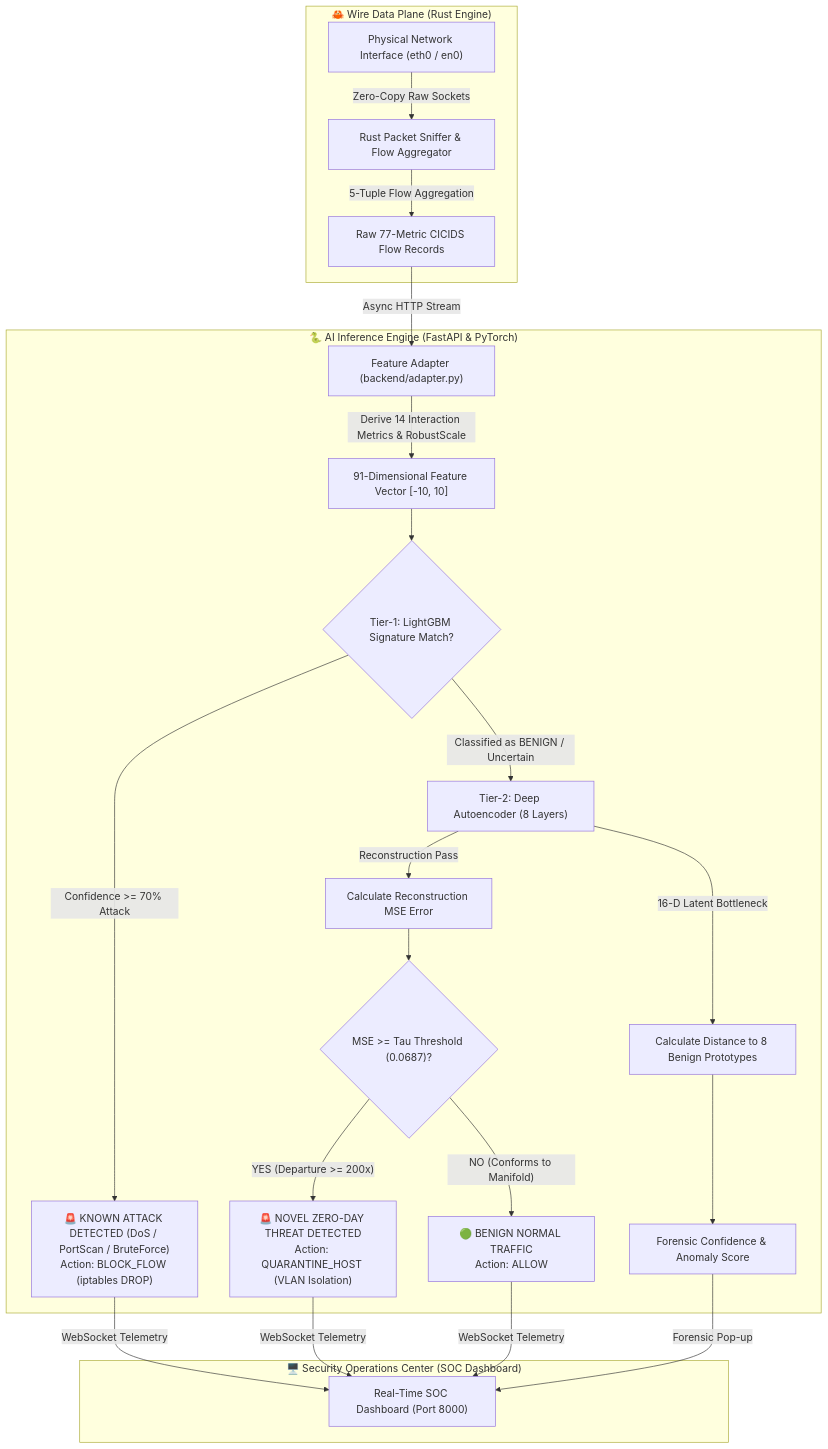
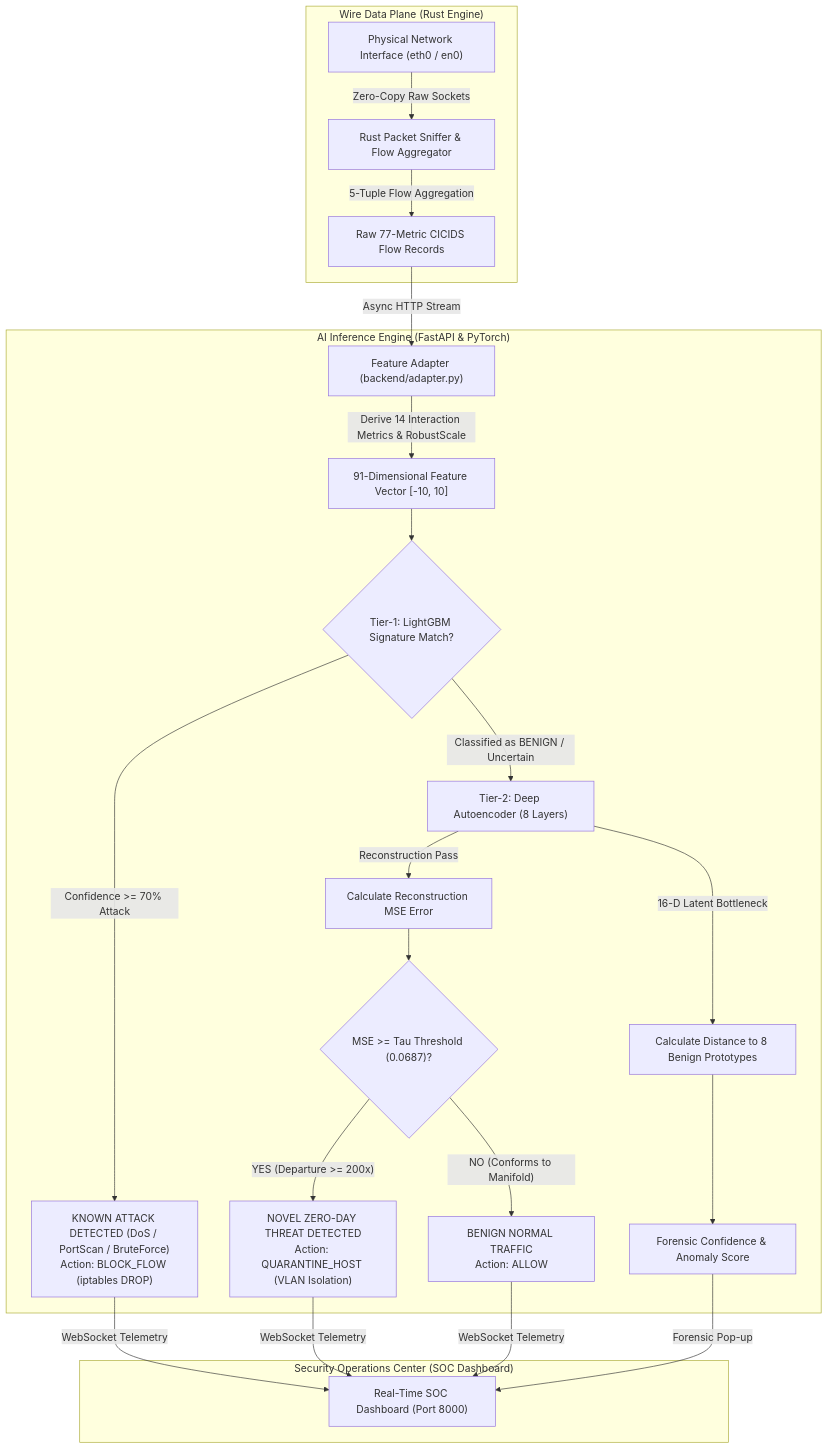
The diagram in README.md (voidssx1/kadak), drawn with Mermaid before and after one commit. The commit also changed other lines of this file, not shown here.

````diff
--- a/README.md
+++ b/README.md
@@ -27,34 +27,34 @@
 ```mermaid
 flowchart TD
-    subgraph DataPlane ["🦀 Wire Data Plane (Rust Engine)"]
+    subgraph DataPlane [" Wire Data Plane (Rust Engine)"]
         NIC["Physical Network Interface (eth0 / en0)"] -->|"Zero-Copy Raw Sockets"| Sniffer["Rust Packet Sniffer & Flow Aggregator"]
         Sniffer -->|"5-Tuple Flow Aggregation"| FlowStream["Raw 77-Metric CICIDS Flow Records"]
     end
 
-    subgraph ControlPlane ["🐍 AI Inference Engine (FastAPI & PyTorch)"]
+    subgraph ControlPlane [" AI Inference Engine (FastAPI & PyTorch)"]
         FlowStream -->|"Async HTTP Stream"| Adapter["Feature Adapter (backend/adapter.py)"]
         Adapter -->|"Derive 14 Interaction Metrics & RobustScale"| ScaledVector["91-Dimensional Feature Vector [-10, 10]"]
 
         ScaledVector --> Tier1{"Tier-1: LightGBM Signature Match?"}
 
-        Tier1 -->|"Confidence >= 70% Attack"| KnownThreat["🚨 KNOWN ATTACK DETECTED (DoS / PortScan / BruteForce)<br/>Action: BLOCK_FLOW (iptables DROP)"]
-        
+        Tier1 -->|"Confidence >= 70% Attack"| KnownThreat[" KNOWN ATTACK DETECTED (DoS / PortScan / BruteForce)<br/>Action: BLOCK_FLOW (iptables DROP)"]
+
         Tier1 -->|"Classified as BENIGN / Uncertain"| Tier2["Tier-2: Deep Autoencoder (8 Layers)"]
-        
+
         Tier2 -->|"Reconstruction Pass"| MSECalc["Calculate Reconstruction MSE Error"]
         MSECalc --> AnomalyCheck{"MSE >= Tau Threshold (0.0687)?"}
 
-        AnomalyCheck -->|"YES (Departure >= 200x)"| ZeroDay["🚨 NOVEL ZERO-DAY THREAT DETECTED<br/>Action: QUARANTINE_HOST (VLAN Isolation)"]
-        AnomalyCheck -->|"NO (Conforms to Manifold)"| SafeTraffic["🟢 BENIGN NORMAL TRAFFIC<br/>Action: ALLOW"]
+        AnomalyCheck -->|"YES (Departure >= 200x)"| ZeroDay[" NOVEL ZERO-DAY THREAT DETECTED<br/>Action: QUARANTINE_HOST (VLAN Isolation)"]
+        AnomalyCheck -->|"NO (Conforms to Manifold)"| SafeTraffic[" BENIGN NORMAL TRAFFIC<br/>Action: ALLOW"]
 
         Tier2 -->|"16-D Latent Bottleneck"| ProtoDist["Calculate Distance to 8 Benign Prototypes"]
         ProtoDist --> Forensics["Forensic Confidence & Anomaly Score"]
     end
 
-    subgraph PresentationPlane ["🖥️ Security Operations Center (SOC Dashboard)"]
+    subgraph PresentationPlane [" Security Operations Center (SOC Dashboard)"]
         KnownThreat -->|"WebSocket Telemetry"| Dashboard["Real-Time SOC Dashboard (Port 8000)"]
         ZeroDay -->|"WebSocket Telemetry"| Dashboard
         SafeTraffic -->|"WebSocket Telemetry"| Dashboard
         Forensics -->|"Forensic Pop-up"| Dashboard
     end
 ```
````
